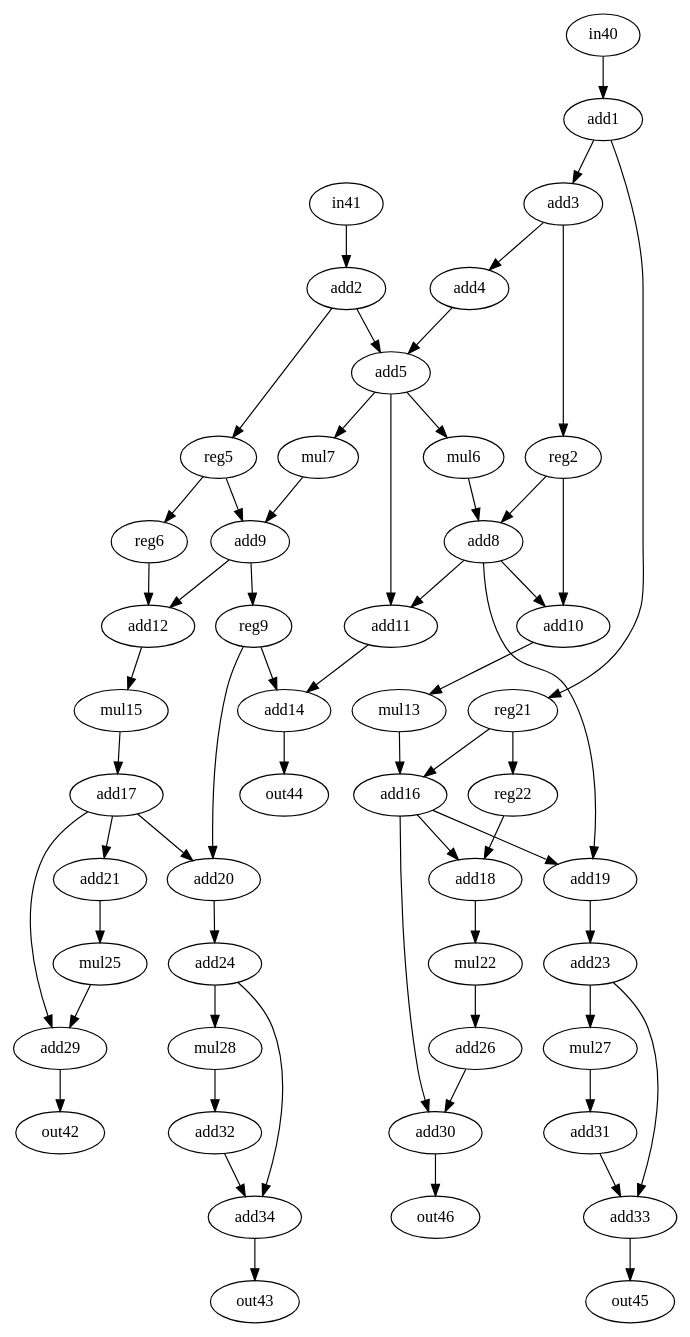
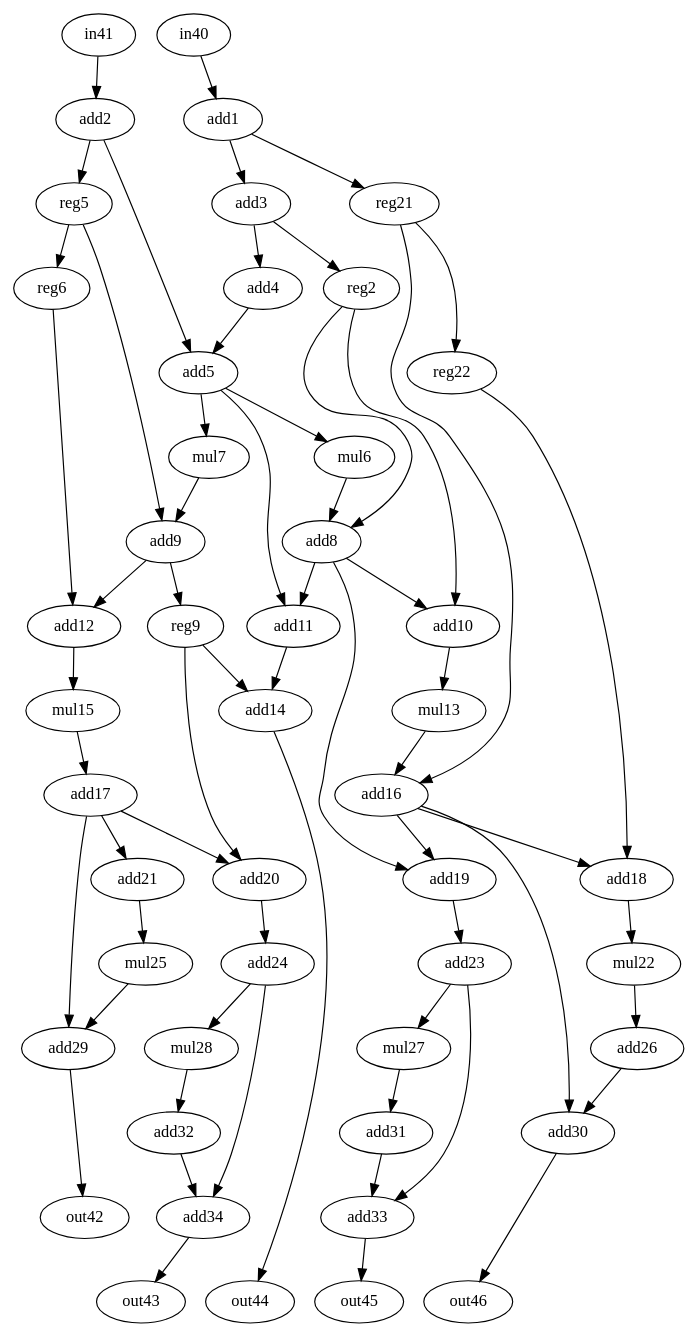
Before and after one commit to jeronimopenha/traversal_project: the diagram in bench/test_bench/ewf.dot, drawn with Graphviz. The commit also changed 21144 other files, not shown here.

```diff
--- a/bench/test_bench/ewf.dot
+++ b/bench/test_bench/ewf.dot
@@ -1,109 +1,109 @@
 strict digraph "ewf" {
 0 [label=add1, op=addi, value=2];
 1 [label=add2, op=addi, value=2];
 2 [label=add3, op=addi, value=2];
 3 [label=add4, op=addi, value=2];
 4 [label=add5, op=add];
 5 [label=mul6, op=muli, value=2];
 6 [label=mul7, op=muli, value=2];
 7 [label=add8, op=add];
 8 [label=add9, op=add];
 9 [label=add10, op=add];
 10 [label=add11, op=add];
 11 [label=add12, op=add];
 12 [label=mul13, op=muli, value=2];
 13 [label=add14, op=add];
 14 [label=mul15, op=muli, value=2];
 15 [label=add16, op=add];
 16 [label=add17, op=addi, value=2];
 17 [label=add18, op=add];
 18 [label=add19, op=add];
 19 [label=add20, op=add];
 20 [label=add21, op=addi, value=2];
 21 [label=mul22, op=muli, value=2];
 22 [label=add23, op=addi, value=2];
 23 [label=add24, op=addi, value=2];
 24 [label=mul25, op=muli, value=2];
 25 [label=add26, op=addi, value=2];
 26 [label=mul27, op=muli, value=2];
 27 [label=mul28, op=muli, value=2];
 28 [label=add29, op=add];
 29 [label=add30, op=add];
 30 [label=add31, op=addi, value=2];
 31 [label=add32, op=addi, value=2];
 32 [label=add33, op=add];
 33 [label=add34, op=add];
 34 [label=reg21, op=reg];
 35 [label=reg22, op=reg];
 36 [label=reg5, op=reg];
 37 [label=reg6, op=reg];
 38 [label=reg2, op=reg];
 39 [label=reg9, op=reg];
 40 [label=in40, op=in];
 41 [label=in41, op=in];
 42 [label=out42, op=out];
 43 [label=out43, op=out];
 44 [label=out44, op=out];
 45 [label=out45, op=out];
 46 [label=out46, op=out];
-0 -> 2  [port=0, w=0];
-0 -> 34  [port=0, w=0];
-1 -> 4  [port=0, w=0];
-1 -> 36  [port=0, w=0];
-2 -> 3  [port=0, w=0];
-2 -> 38  [port=0, w=0];
-3 -> 4  [port=1, w=0];
-4 -> 5  [port=0, w=0];
-4 -> 6  [port=0, w=0];
-4 -> 10  [port=0, w=0];
-5 -> 7  [port=0, w=0];
-6 -> 8  [port=0, w=0];
-7 -> 9  [port=0, w=0];
-7 -> 10  [port=1, w=0];
-7 -> 18  [port=0, w=0];
-8 -> 11  [port=0, w=0];
-8 -> 39  [port=0, w=0];
-9 -> 12  [port=0, w=0];
-10 -> 13  [port=0, w=0];
-11 -> 14  [port=0, w=0];
-12 -> 15  [port=0, w=0];
-13 -> 44  [port=0, w=0];
-14 -> 16  [port=0, w=0];
-15 -> 17  [port=0, w=0];
-15 -> 18  [port=1, w=0];
-15 -> 29  [port=0, w=0];
-16 -> 19  [port=0, w=0];
-16 -> 20  [port=0, w=0];
-16 -> 28  [port=0, w=0];
-17 -> 21  [port=0, w=0];
-18 -> 22  [port=0, w=0];
-19 -> 23  [port=0, w=0];
-20 -> 24  [port=0, w=0];
-21 -> 25  [port=0, w=0];
-22 -> 26  [port=0, w=0];
-22 -> 32  [port=0, w=0];
-23 -> 27  [port=0, w=0];
-23 -> 33  [port=0, w=0];
-24 -> 28  [port=1, w=0];
-25 -> 29  [port=1, w=0];
-26 -> 30  [port=0, w=0];
-27 -> 31  [port=0, w=0];
-28 -> 42  [port=0, w=0];
-29 -> 46  [port=0, w=0];
-30 -> 32  [port=1, w=0];
-31 -> 33  [port=1, w=0];
-32 -> 45  [port=0, w=0];
-33 -> 43  [port=0, w=0];
-34 -> 15  [port=1, w=0];
-34 -> 35  [port=0, w=0];
-35 -> 17  [port=1, w=0];
-36 -> 8  [port=1, w=0];
-36 -> 37  [port=0, w=0];
-37 -> 11  [port=1, w=0];
-38 -> 7  [port=1, w=0];
-38 -> 9  [port=1, w=0];
-39 -> 13  [port=1, w=0];
-39 -> 19  [port=1, w=0];
-40 -> 0  [port=0, w=0];
-41 -> 1  [port=0, w=0];
+0 -> 2  [port=0, weight=0];
+0 -> 34  [port=0, weight=0];
+1 -> 4  [port=0, weight=0];
+1 -> 36  [port=0, weight=0];
+2 -> 3  [port=0, weight=0];
+2 -> 38  [port=0, weight=0];
+3 -> 4  [port=1, weight=0];
+4 -> 5  [port=0, weight=0];
+4 -> 6  [port=0, weight=0];
+4 -> 10  [port=0, weight=0];
+5 -> 7  [port=0, weight=0];
+6 -> 8  [port=0, weight=0];
+7 -> 9  [port=0, weight=0];
+7 -> 10  [port=1, weight=0];
+7 -> 18  [port=0, weight=0];
+8 -> 11  [port=0, weight=0];
+8 -> 39  [port=0, weight=0];
+9 -> 12  [port=0, weight=0];
+10 -> 13  [port=0, weight=0];
+11 -> 14  [port=0, weight=0];
+12 -> 15  [port=0, weight=0];
+13 -> 44  [port=0, weight=0];
+14 -> 16  [port=0, weight=0];
+15 -> 17  [port=0, weight=0];
+15 -> 18  [port=1, weight=0];
+15 -> 29  [port=0, weight=0];
+16 -> 19  [port=0, weight=0];
+16 -> 20  [port=0, weight=0];
+16 -> 28  [port=0, weight=0];
+17 -> 21  [port=0, weight=0];
+18 -> 22  [port=0, weight=0];
+19 -> 23  [port=0, weight=0];
+20 -> 24  [port=0, weight=0];
+21 -> 25  [port=0, weight=0];
+22 -> 26  [port=0, weight=0];
+22 -> 32  [port=0, weight=0];
+23 -> 27  [port=0, weight=0];
+23 -> 33  [port=0, weight=0];
+24 -> 28  [port=1, weight=0];
+25 -> 29  [port=1, weight=0];
+26 -> 30  [port=0, weight=0];
+27 -> 31  [port=0, weight=0];
+28 -> 42  [port=0, weight=0];
+29 -> 46  [port=0, weight=0];
+30 -> 32  [port=1, weight=0];
+31 -> 33  [port=1, weight=0];
+32 -> 45  [port=0, weight=0];
+33 -> 43  [port=0, weight=0];
+34 -> 15  [port=1, weight=0];
+34 -> 35  [port=0, weight=0];
+35 -> 17  [port=1, weight=0];
+36 -> 8  [port=1, weight=0];
+36 -> 37  [port=0, weight=0];
+37 -> 11  [port=1, weight=0];
+38 -> 7  [port=1, weight=0];
+38 -> 9  [port=1, weight=0];
+39 -> 13  [port=1, weight=0];
+39 -> 19  [port=1, weight=0];
+40 -> 0  [port=0, weight=0];
+41 -> 1  [port=0, weight=0];
 }
```
